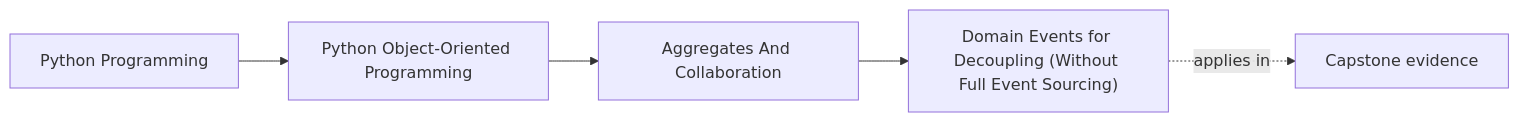
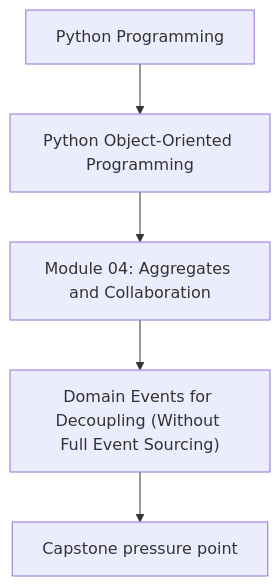
The first of 2 diagrams in programs/python-programming/python-object-oriented-programming/course-book/module-04-aggregates-and-collaboration/domain-events-without-event-sourcing.md (bijux/bijux-masterclass), drawn with Mermaid before and after one commit. The commit also changed other lines of this file and 107 other files, not shown here.

Commit message:
docs(python-object-oriented-programming): align concept page diagrams

````diff
--- a/programs/python-programming/python-object-oriented-programming/course-book/module-04-aggregates-and-collaboration/domain-events-without-event-sourcing.md
+++ b/programs/python-programming/python-object-oriented-programming/course-book/module-04-aggregates-and-collaboration/domain-events-without-event-sourcing.md
@@ -7,11 +7,7 @@
 ```mermaid
-graph LR
-  family["Python Programming"]
-  program["Python Object-Oriented Programming"]
-  section["Aggregates And Collaboration"]
-  page["Domain Events for Decoupling (Without Full Event Sourcing)"]
-  capstone["Capstone evidence"]
-
-  family --> program --> section --> page
-  page -.applies in.-> capstone
+flowchart TD
+  family["Python Programming"] --> program["Python Object-Oriented Programming"]
+  program --> module["Module 04: Aggregates and Collaboration"]
+  module --> concept["Domain Events for Decoupling (Without Full Event Sourcing)"]
+  concept --> capstone["Capstone pressure point"]
 ```
````
